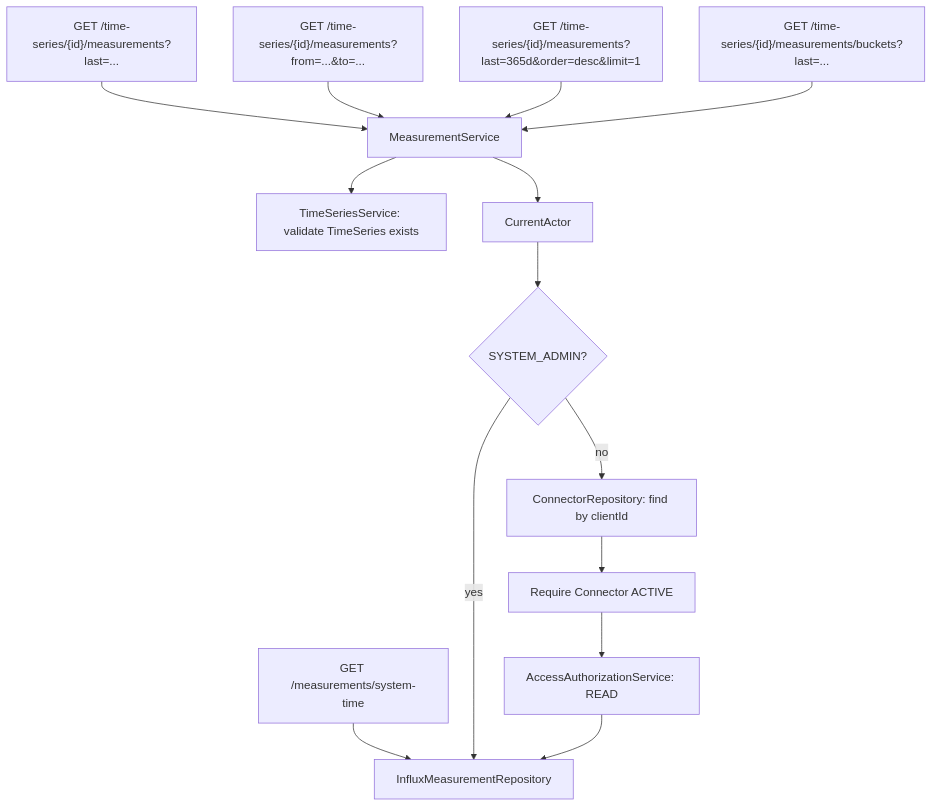
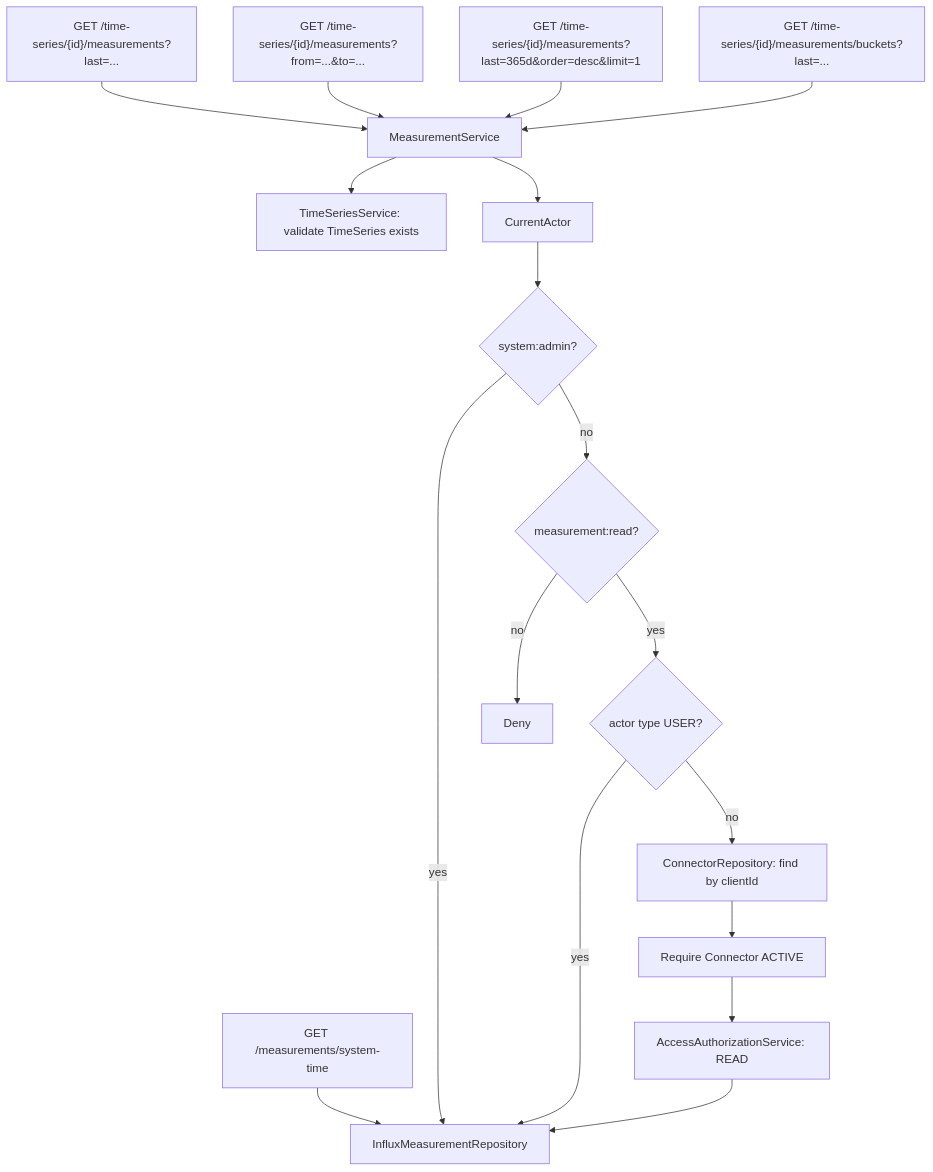
One commit to viadonau/pegelhub changed the fifth of 5 diagrams in docs/architecture/pegelhub-domain-model.md. Above: the diagram before and after it, drawn with Mermaid. The commit also changed other lines of this file and 19 other files, not shown here.

````diff
--- a/docs/architecture/pegelhub-domain-model.md
+++ b/docs/architecture/pegelhub-domain-model.md
@@ -210,17 +228,21 @@
 ```mermaid
 flowchart TD
     A["GET /time-series/{id}/measurements?last=..."] --> MS[MeasurementService]
     B["GET /time-series/{id}/measurements?from=...&to=..."] --> MS
     C["GET /time-series/{id}/measurements?last=365d&order=desc&limit=1"] --> MS
     E["GET /time-series/{id}/measurements/buckets?last=..."] --> MS
     D["GET /measurements/system-time"] --> MR[InfluxMeasurementRepository]
 
     MS --> TS["TimeSeriesService: validate TimeSeries exists"]
     MS --> Actor["CurrentActor"]
-    Actor --> Admin{SYSTEM_ADMIN?}
+    Actor --> Admin{system:admin?}
     Admin -->|yes| MR
-    Admin -->|no| ConnectorLookup["ConnectorRepository: find by clientId"]
+    Admin -->|no| ReadRole{measurement:read?}
+    ReadRole -->|no| Denied[Deny]
+    ReadRole -->|yes| User{actor type USER?}
+    User -->|yes| MR
+    User -->|no| ConnectorLookup["ConnectorRepository: find by clientId"]
     ConnectorLookup --> Active["Require Connector ACTIVE"]
     Active --> Auth["AccessAuthorizationService: READ"]
     Auth --> MR
 ```
````
